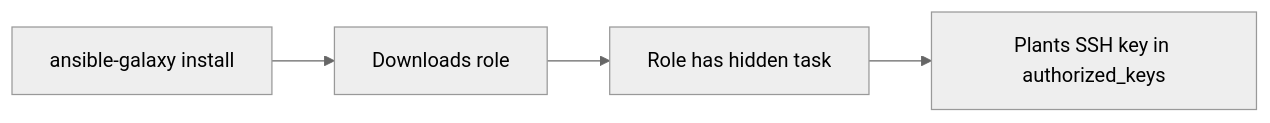
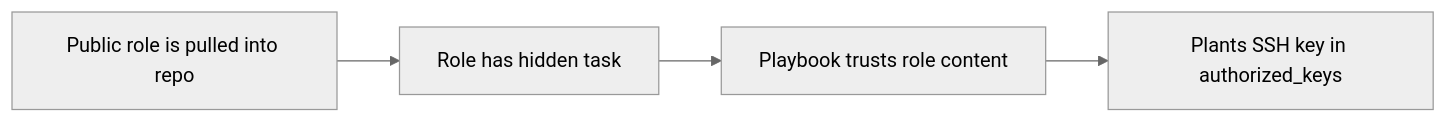
The diagram in guide/docs/labs/tier-5/5.4-ansible-galaxy/index.md (beyildirim/weaklink-labs), drawn with Mermaid (neutral theme) before and after one commit. The commit also changed other lines of this file and 385 other files, not shown here.

````diff
--- a/guide/docs/labs/tier-5/5.4-ansible-galaxy/index.md
+++ b/guide/docs/labs/tier-5/5.4-ansible-galaxy/index.md
@@ -25,6 +25,6 @@
 ```mermaid
 graph LR
-    A[ansible-galaxy install] --> B[Downloads role]
-    B --> C[Role has hidden task]
+    A[Public role is pulled into repo] --> B[Role has hidden task]
+    B --> C[Playbook trusts role content]
     C --> D[Plants SSH key in authorized_keys]
 ```
````
